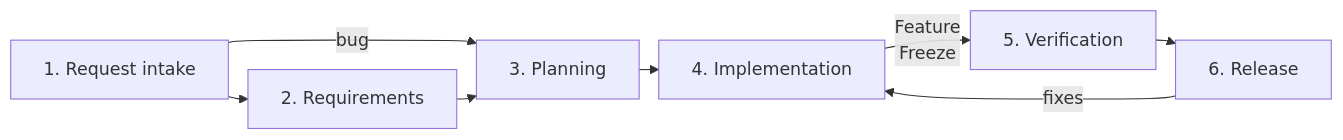
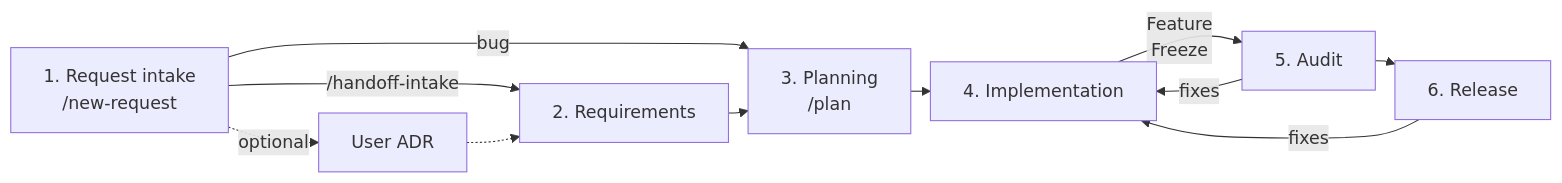
The diagram in workflows/orchestrator/0-End-to-End.md (lyndametref/opencode-dev-workflow), drawn with Mermaid before and after one commit. The commit also changed other lines of this file and 9 other files, not shown here.

````diff
--- a/workflows/orchestrator/0-End-to-End.md
+++ b/workflows/orchestrator/0-End-to-End.md
@@ -5,11 +5,14 @@
 ```mermaid
 %%{init: {"flowchart": {"nodeSpacing": 10, "rankSpacing": 18}}}%%
 flowchart LR
-    INTAKE["1. Request intake"] --> REQS["2. Requirements"]
-    INTAKE["1. Request intake"] -->|"bug"| PLAN
-    REQS --> PLAN["3. Planning"]
+    INTAKE["1. Request intake<br/>/new-request"] -->|"/handoff-intake"| REQS["2. Requirements"]
+    INTAKE -->|"bug"| PLAN
+    INTAKE -.->|"optional"| ADR["User ADR"]
+    ADR -.-> REQS
+    REQS --> PLAN["3. Planning<br/>/plan"]
     PLAN --> IMPL["4. Implementation"]
-    IMPL --> |"Feature<br/>Freeze"| VER["5. Verification"]
-    VER -->  REL["6. Release"]
+    IMPL -->|"Feature<br/>Freeze"| AUD["5. Audit"]
+    AUD -->|"fixes"| IMPL
+    AUD --> REL["6. Release"]
     REL -->|"fixes"| IMPL
 ```
````
